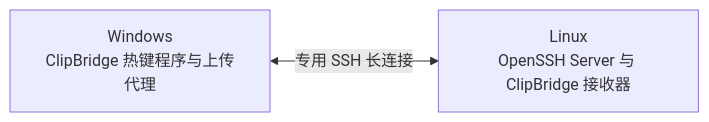
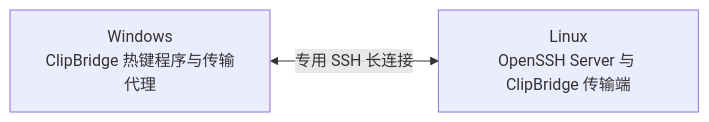
The first of 3 diagrams in README.zh.md (NewbieToEverything/clip-win-linux), drawn with Mermaid before and after one commit. The commit also changed other lines of this file and 3 other files, not shown here.

````diff
--- a/README.zh.md
+++ b/README.zh.md
@@ -71,6 +74,6 @@
 ```mermaid
 flowchart LR
-    W["Windows<br/>ClipBridge 热键程序与上传代理"]
-    L["Linux<br/>OpenSSH Server 与 ClipBridge 接收器"]
+    W["Windows<br/>ClipBridge 热键程序与传输代理"]
+    L["Linux<br/>OpenSSH Server 与 ClipBridge 传输端"]
     W <-->|"专用 SSH 长连接"| L
 ```
````
